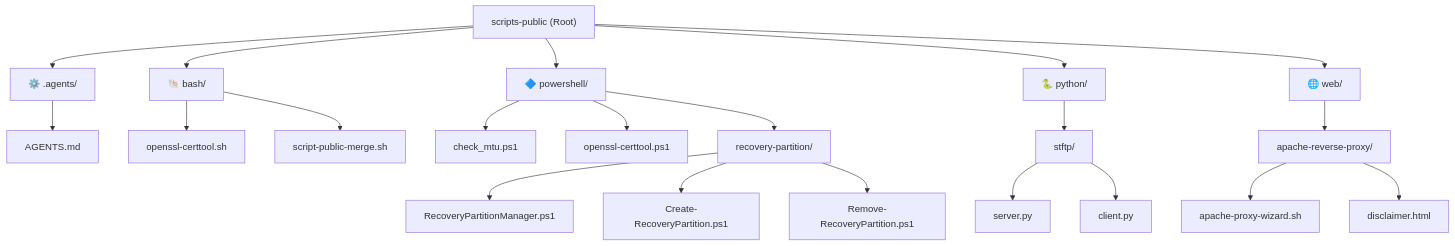
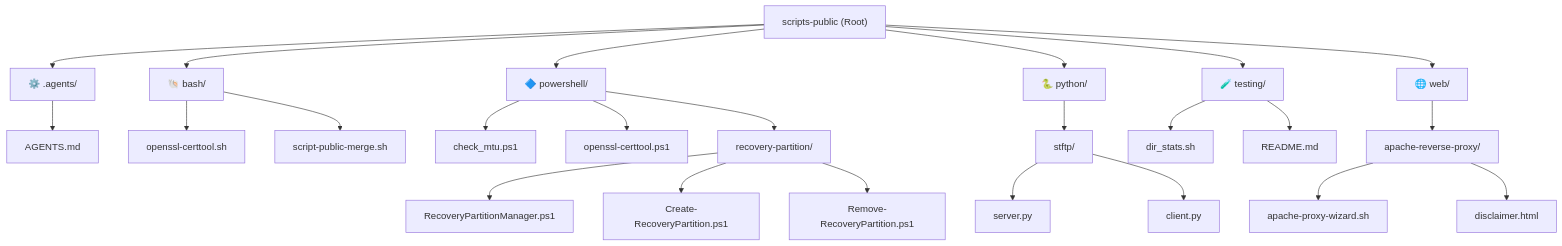
The diagram in scripts_catalog.md (Richie086/scripts-public), drawn with Mermaid before and after one commit. The commit also changed other lines of this file and 3 other files, not shown here.

Commit message:
Add testing folder, README, and dir_stats.sh directory analysis script

````diff
--- a/scripts_catalog.md
+++ b/scripts_catalog.md
@@ -9,28 +9,32 @@
 ```mermaid
 graph TD
     root["scripts-public (Root)"] --> agents["⚙️ .agents/"]
     root --> bash["🐚 bash/"]
     root --> powershell["🔷 powershell/"]
     root --> python["🐍 python/"]
+    root --> testing["🧪 testing/"]
     root --> web["🌐 web/"]
 
     agents --> agents_md["AGENTS.md"]
     bash --> cert_sh["openssl-certtool.sh"]
     bash --> merge_sh["script-public-merge.sh"]
 
     powershell --> check_mtu["check_mtu.ps1"]
     powershell --> cert_ps1["openssl-certtool.ps1"]
     powershell --> rec_part["recovery-partition/"]
 
     rec_part --> rp_mgr["RecoveryPartitionManager.ps1"]
     rec_part --> rp_c1["Create-RecoveryPartition.ps1"]
     rec_part --> rp_rem["Remove-RecoveryPartition.ps1"]
 
     python --> stftp["stftp/"]
     stftp --> stftp_srv["server.py"]
     stftp --> stftp_cli["client.py"]
 
+    testing --> dir_stats_sh["dir_stats.sh"]
+    testing --> test_readme["README.md"]
+
     web --> proxy["apache-reverse-proxy/"]
     proxy --> proxy_sh["apache-proxy-wizard.sh"]
     proxy --> proxy_htm["disclaimer.html"]
 ```
````
